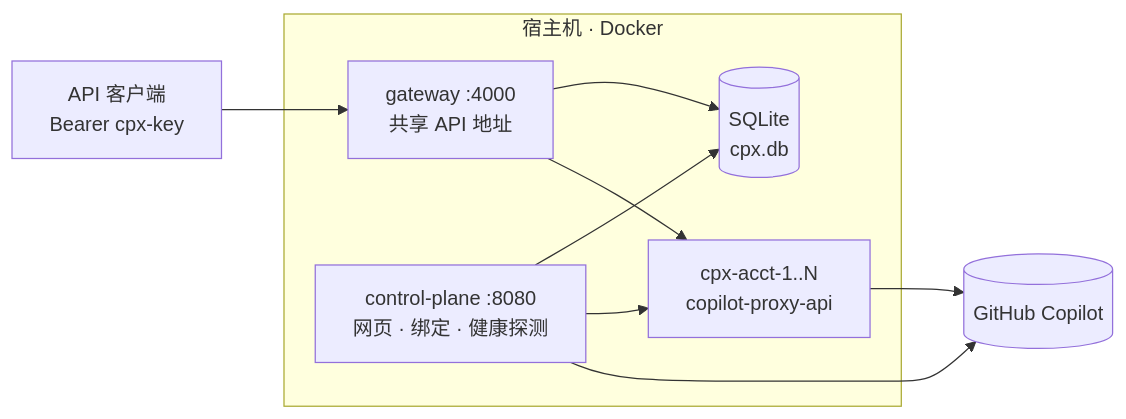
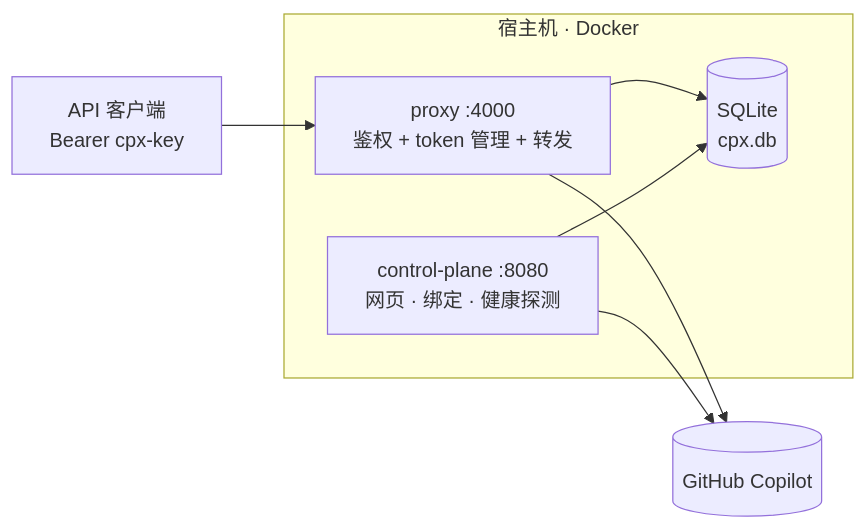
Before and after one commit to xxinine/github-copilot-proxy: the first of 2 diagrams in README.zh-CN.md, drawn with Mermaid. The commit also changed other lines of this file and 111 other files, not shown here.

First line of the commit message:
Fork copilot-proxy-api into a single-process multi-tenant proxy

````diff
--- a/README.zh-CN.md
+++ b/README.zh-CN.md
@@ -11,21 +14,18 @@
 ```mermaid
 flowchart LR
     client[API 客户端<br/>Bearer cpx-key]
 
     subgraph host[宿主机 · Docker]
-        gateway[gateway :4000<br/>共享 API 地址]
+        proxy[proxy :4000<br/>鉴权 + token 管理 + 转发]
         cp[control-plane :8080<br/>网页 · 绑定 · 健康探测]
         db[(SQLite<br/>cpx.db)]
-        accts[cpx-acct-1..N<br/>copilot-proxy-api]
     end
 
     github[(GitHub Copilot)]
 
-    client --> gateway
-    gateway --> db
-    gateway --> accts
+    client --> proxy
+    proxy --> db
+    proxy --> github
     cp --> db
-    cp --> accts
     cp --> github
-    accts --> github
 ```
````
